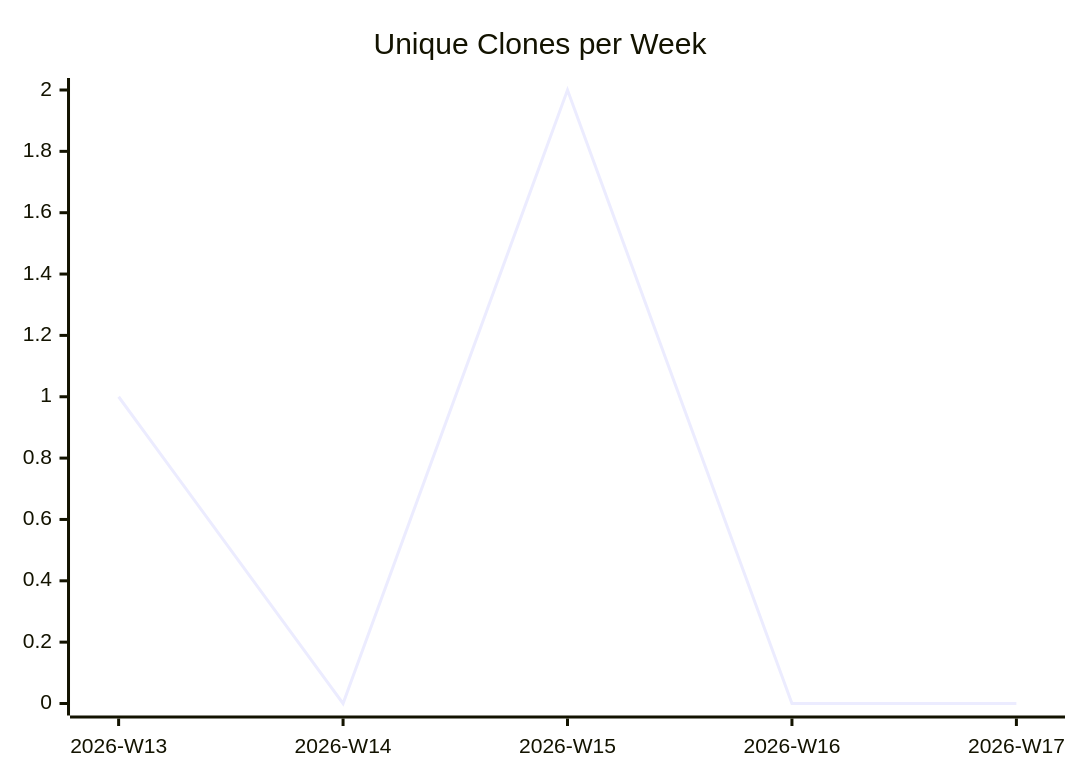
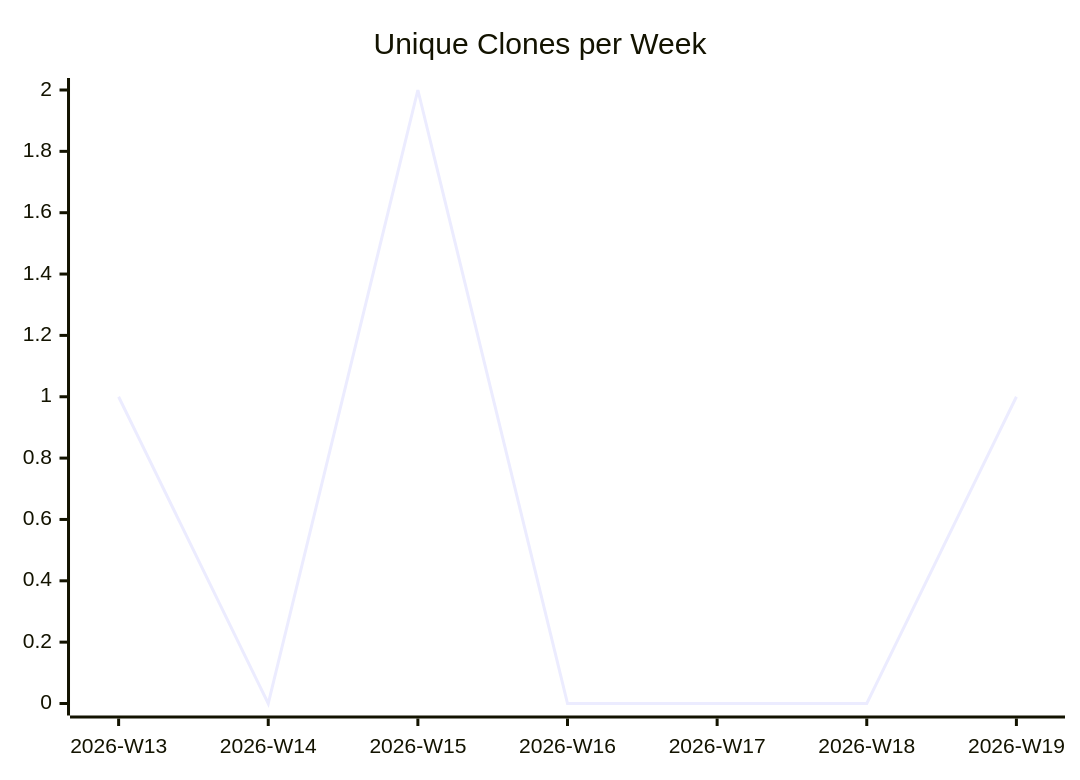
Before and after one commit to justdavis-family/github-analytics-data: the third of 3 diagrams in karlmdavis/puppet-archive/README.md, drawn with Mermaid. The commit also changed other lines of this file and 177 other files, not shown here.

````diff
--- a/karlmdavis/puppet-archive/README.md
+++ b/karlmdavis/puppet-archive/README.md
@@ -19,6 +19,6 @@
 ```mermaid
 xychart-beta
   title "Unique Clones per Week"
-  x-axis ["2026-W13", "2026-W14", "2026-W15", "2026-W16", "2026-W17"]
-  line [1, 0, 2, 0, 0]
+  x-axis ["2026-W13", "2026-W14", "2026-W15", "2026-W16", "2026-W17", "2026-W18", "2026-W19"]
+  line [1, 0, 2, 0, 0, 0, 1]
 ```
````
